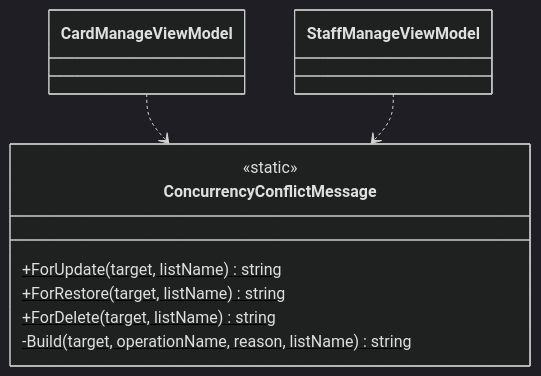
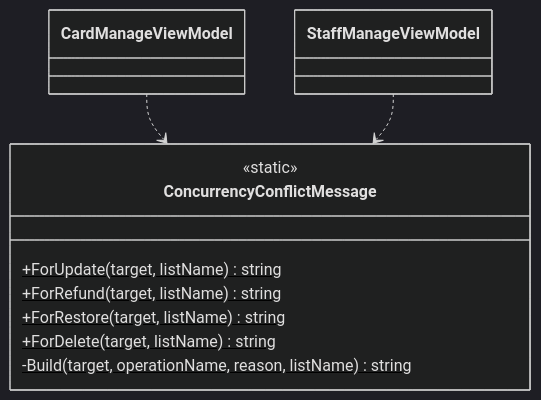
One commit to kuwayamamasayuki/ICCardManager changed diagram 46 of 51 in ICCardManager/docs/design/05_クラス設計書.md. Above: the diagram before and after it, drawn with Mermaid (dark theme). The commit also changed other lines of this file and 14 other files, not shown here.

````diff
--- a/ICCardManager/docs/design/05_クラス設計書.md
+++ b/ICCardManager/docs/design/05_クラス設計書.md
@@ -2345,13 +2353,14 @@
 ```mermaid
 classDiagram
     class ConcurrencyConflictMessage {
         <<static>>
         +ForUpdate(target, listName)$ string
+        +ForRefund(target, listName)$ string
         +ForRestore(target, listName)$ string
         +ForDelete(target, listName)$ string
         -Build(target, operationName, reason, listName)$ string
     }
 
     CardManageViewModel ..> ConcurrencyConflictMessage
     StaffManageViewModel ..> ConcurrencyConflictMessage
 ```
````
